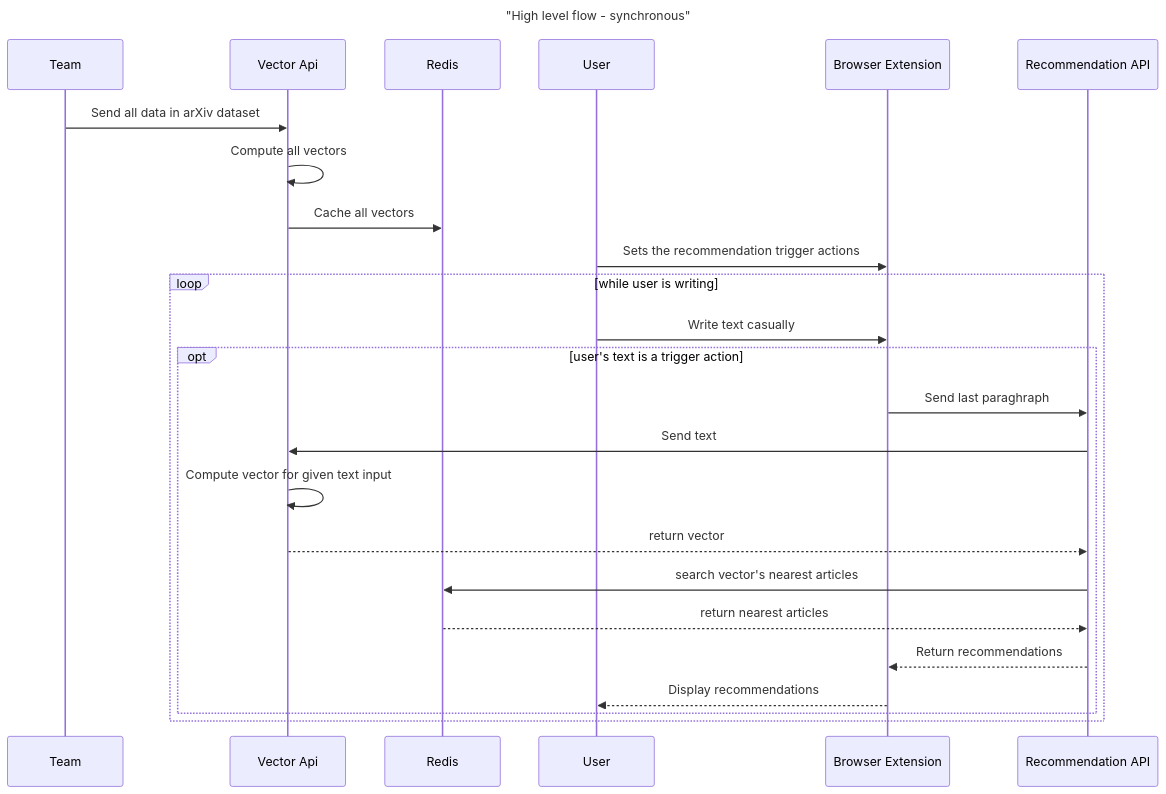
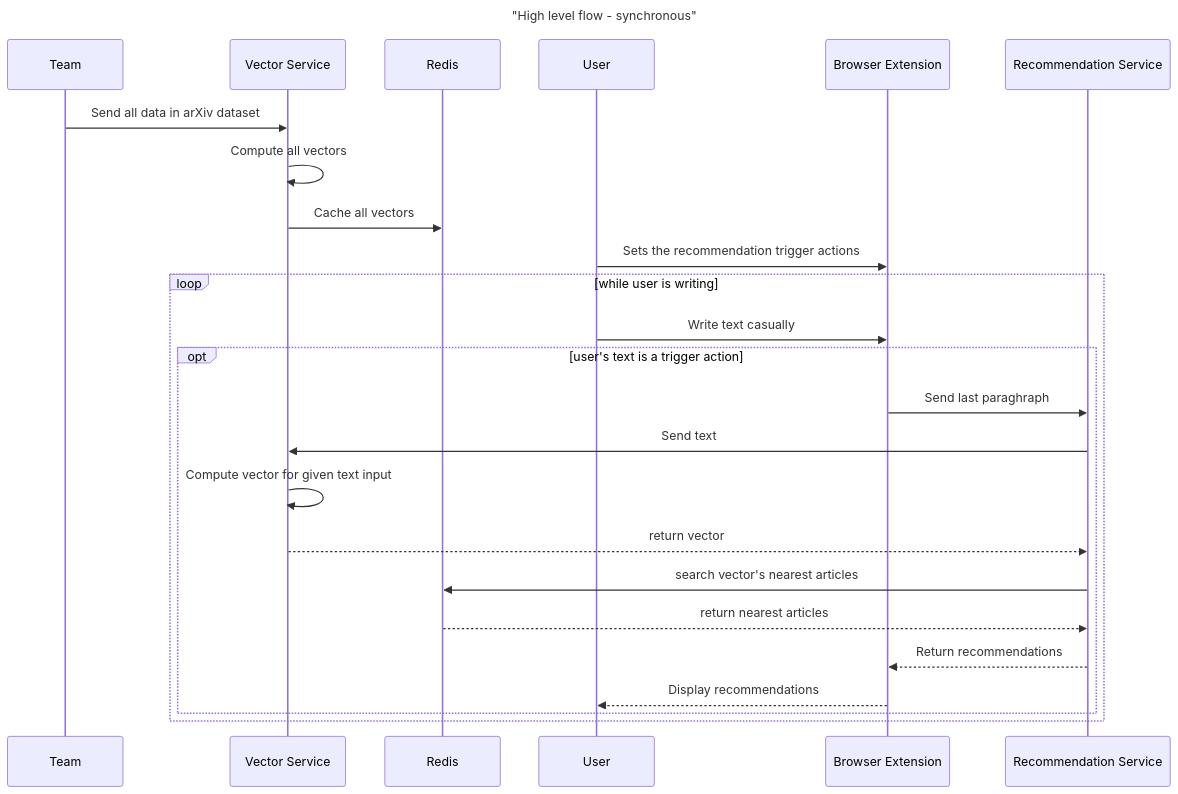
One commit to artefactory/redisventures-hackunamadata changed the diagram in README.md. Above: the diagram before and after it, drawn with Mermaid. The commit also changed other lines of this file, not shown here.

Commit message:
feat: vector and recommandations api/v1 specs

````diff
--- a/README.md
+++ b/README.md
@@ -5,24 +5,24 @@
 ```mermaid
 sequenceDiagram
     title "High level flow - synchronous"
 
-    Team ->> Vector Api: Send all data in arXiv dataset
-    Vector Api ->> Vector Api: Compute all vectors
-    Vector Api ->> Redis: Cache all vectors
+    Team ->> Vector Service: Send all data in arXiv dataset
+    Vector Service ->> Vector Service: Compute all vectors
+    Vector Service ->> Redis: Cache all vectors
 
     User ->> Browser Extension: Sets the recommendation trigger actions
 
     loop while user is writing
         User ->> Browser Extension: Write text casually
         opt user's text is a trigger action
-            Browser Extension ->> Recommendation API: Send last paraghraph
-            Recommendation API ->> Vector Api: Send text
-            Vector Api ->> Vector Api : Compute vector for given text input
-            Vector Api -->> Recommendation API: return vector
-            Recommendation API ->> Redis: search vector's nearest articles
-            Redis -->> Recommendation API: return nearest articles
-            Recommendation API -->> Browser Extension: Return recommendations
+            Browser Extension ->> Recommendation Service: Send last paraghraph
+            Recommendation Service ->> Vector Service: Send text
+            Vector Service ->> Vector Service : Compute vector for given text input
+            Vector Service -->> Recommendation Service: return vector
+            Recommendation Service ->> Redis: search vector's nearest articles
+            Redis -->> Recommendation Service: return nearest articles
+            Recommendation Service -->> Browser Extension: Return recommendations
             Browser Extension -->> User: Display recommendations
         end
     end
 ```
````
